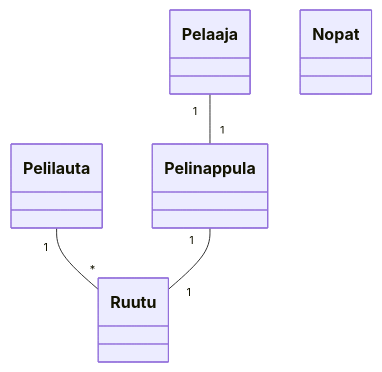
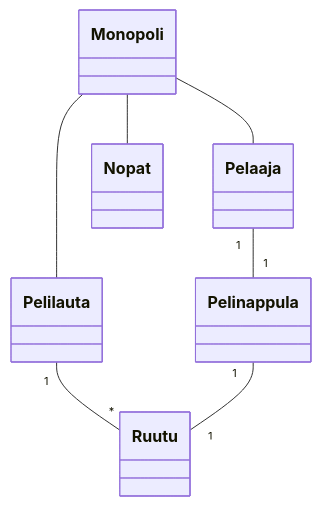
One commit to EeroAnt/ot-harjoitusty- changed the diagram in laskarit/viikko3/kaavio.md. Above: the diagram before and after it, drawn with Mermaid.

Commit message:
luokkakaavio ver 1.12

````diff
--- a/laskarit/viikko3/kaavio.md
+++ b/laskarit/viikko3/kaavio.md
@@ -1,17 +1,20 @@
 ```mermaid
  classDiagram
       Pelilauta "1" -- "*" Ruutu
       Pelinappula "1" -- "1" Ruutu
       Pelaaja "1" -- "1" Pelinappula
- 
+      Monopoli -- Pelilauta
+      Monopoli -- Pelaaja
+      Monopoli -- Nopat
+      class Monopoli
       class Pelilauta{
       }
       class Ruutu{
       }
       class Pelinappula{
       }
       class Pelaaja{
       }
       class Nopat{
       }
 ```
````
